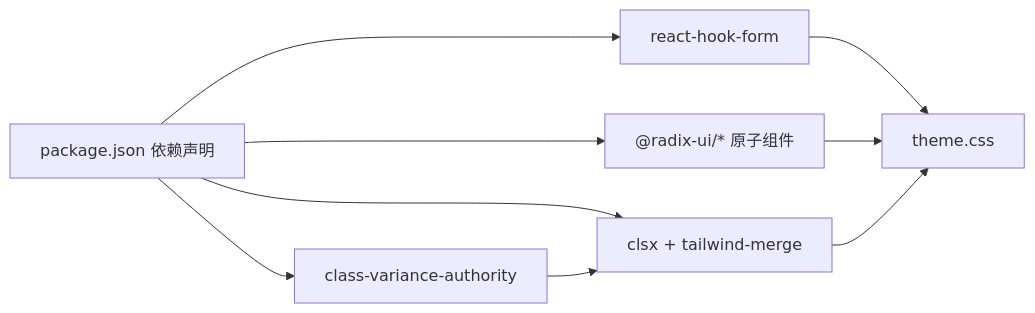
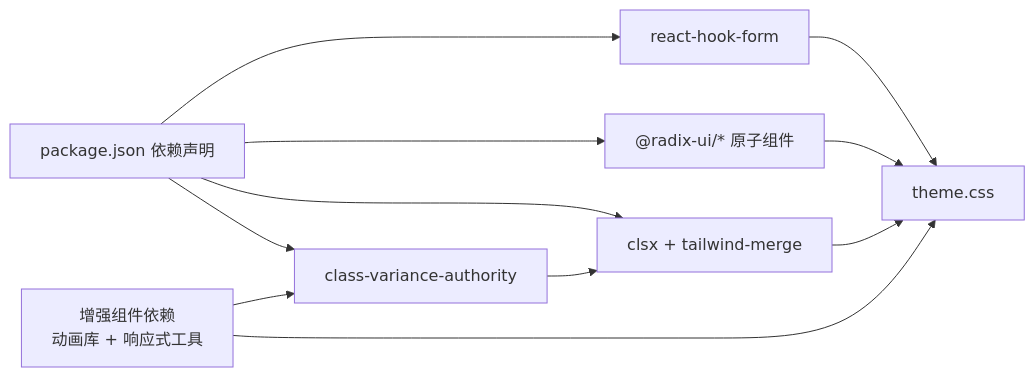
Before and after one commit to chinak/permission_apply: the third of 3 diagrams in .qoder/repowiki/zh/content/UI组件库/UI组件库.md, drawn with Mermaid. The commit also changed other lines of this file and 94 other files, not shown here.

````diff
--- a/.qoder/repowiki/zh/content/UI组件库/UI组件库.md
+++ b/.qoder/repowiki/zh/content/UI组件库/UI组件库.md
@@ -333,17 +377,20 @@
 ```mermaid
 graph LR
 P["package.json 依赖声明"]
 R["@radix-ui/* 原子组件"]
 CVA["class-variance-authority"]
 CLSX["clsx + tailwind-merge"]
 RHF["react-hook-form"]
 THEME["theme.css"]
+ENHANCED["增强组件依赖<br/>动画库 + 响应式工具"]
 P --> R
 P --> CVA
 P --> CLSX
 P --> RHF
 CVA --> CLSX
 RHF --> THEME
 R --> THEME
 CLSX --> THEME
+ENHANCED --> CVA
+ENHANCED --> THEME
 ```
````
